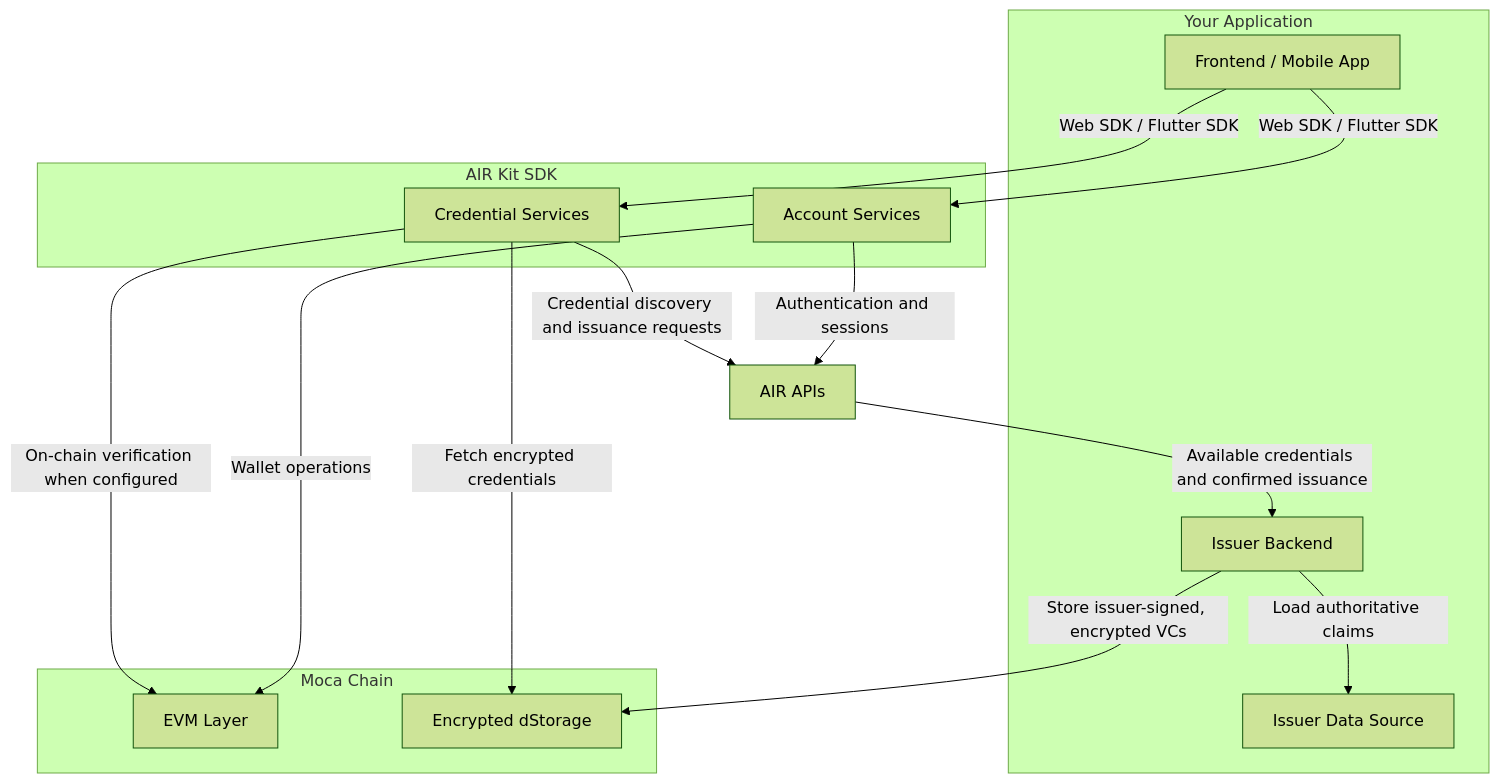
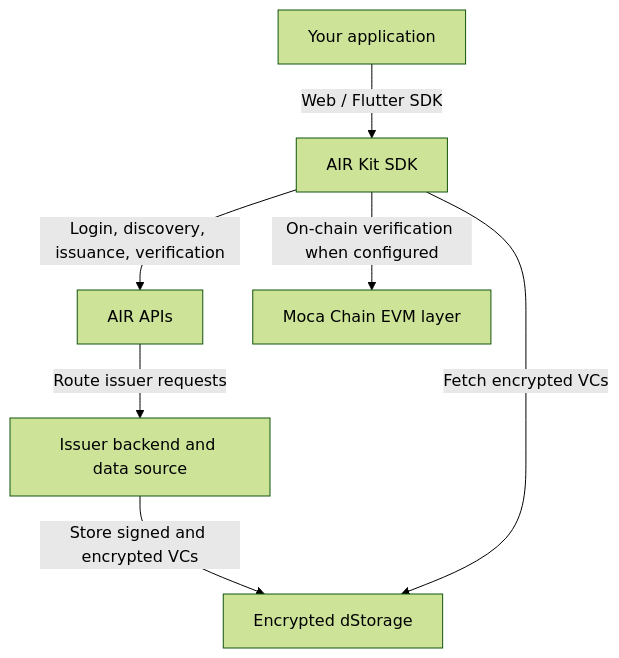
One commit to MocaNetwork/docs changed the first of 2 diagrams in airkit/guides/overview.mdx. Above: the diagram before and after it, drawn with Mermaid (forest theme). The commit also changed other lines of this file, not shown here.

Commit message:
Simplify Overview from charts

````diff
--- a/airkit/guides/overview.mdx
+++ b/airkit/guides/overview.mdx
@@ -10,31 +10,16 @@
 ```mermaid
 graph TD
-    subgraph YourApp["Your Application"]
-      A[Frontend / Mobile App]
-      B[Issuer Backend]
-      DATA[Issuer Data Source]
-    end
+    APP[Your application]
+    SDK[AIR Kit SDK]
+    API[AIR APIs]
+    ISS[Issuer backend and data source]
+    STORE[Encrypted dStorage]
+    EVM[Moca Chain EVM layer]
 
-    subgraph SDK["AIR Kit SDK"]
-      C[Account Services]
-      D[Credential Services]
-    end
-
-    API[AIR APIs]
-
-    subgraph Chain["Moca Chain"]
-      F[EVM Layer]
-      G[Encrypted dStorage]
-    end
-
-    A -->|Web SDK / Flutter SDK| C
-    A -->|Web SDK / Flutter SDK| D
-    C -->|Authentication and sessions| API
-    C -->|Wallet operations| F
-    D -->|Credential discovery and issuance requests| API
-    API -->|Available credentials and confirmed issuance| B
-    B -->|Load authoritative claims| DATA
-    B -->|Store issuer-signed, encrypted VCs| G
-    D -->|Fetch encrypted credentials| G
-    D -->|On-chain verification when configured| F
+    APP -->|Web / Flutter SDK| SDK
+    SDK -->|Login, discovery, issuance, verification| API
+    API -->|Route issuer requests| ISS
+    ISS -->|Store signed and encrypted VCs| STORE
+    SDK -->|Fetch encrypted VCs| STORE
+    SDK -->|On-chain verification when configured| EVM
 ```
````
